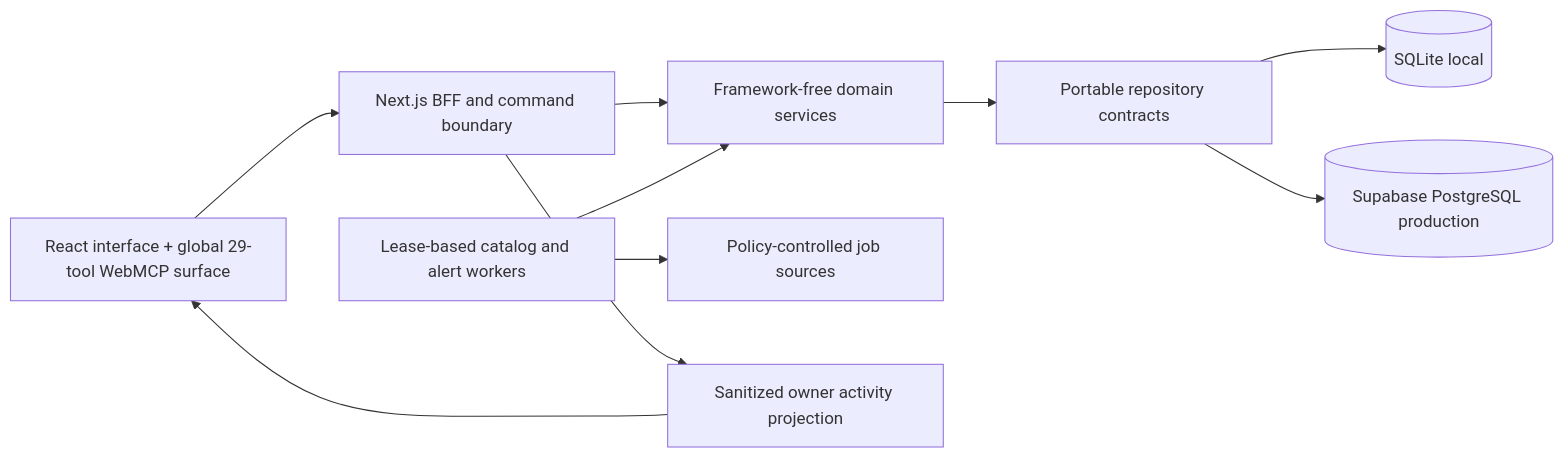
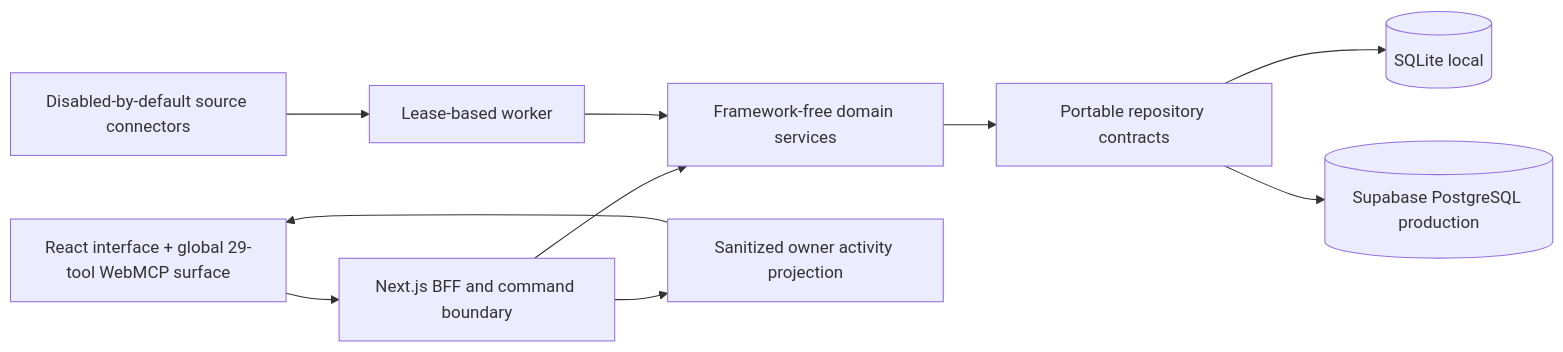
The diagram in README.md (der-bear/jobbbler), drawn with Mermaid before and after one commit. The commit also changed other lines of this file and 12 other files, not shown here.

````diff
--- a/README.md
+++ b/README.md
@@ -157,12 +157,12 @@
 ```mermaid
 flowchart LR
   Browser[React interface + global 29-tool WebMCP surface] --> API[Next.js BFF and command boundary]
   API --> Domain[Framework-free domain services]
   Domain --> Storage[Portable repository contracts]
   Storage --> SQLite[(SQLite local)]
   Storage --> Postgres[(Supabase PostgreSQL production)]
-  Worker[Lease-based catalog and alert workers] --> Domain
-  Worker --> Sources[Policy-controlled job sources]
+  Connectors[Disabled-by-default source connectors] --> Worker[Lease-based worker]
+  Worker --> Domain
   API --> Activity[Sanitized owner activity projection]
   Activity --> Browser
 ```
````
